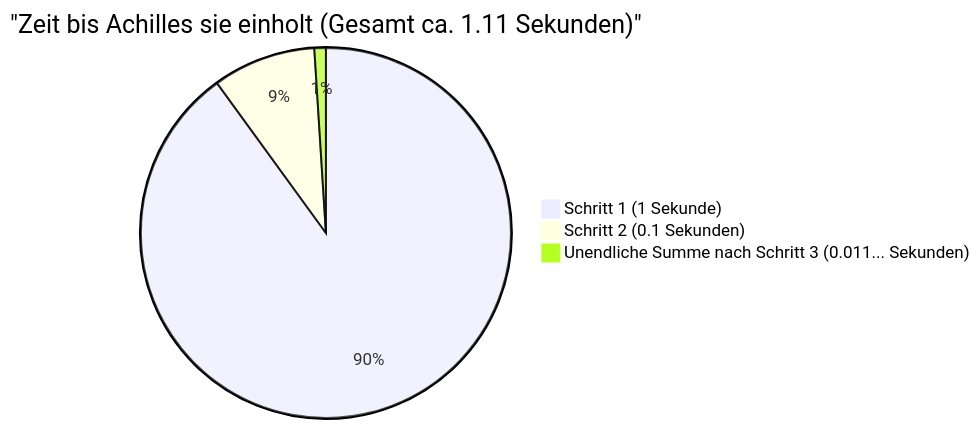
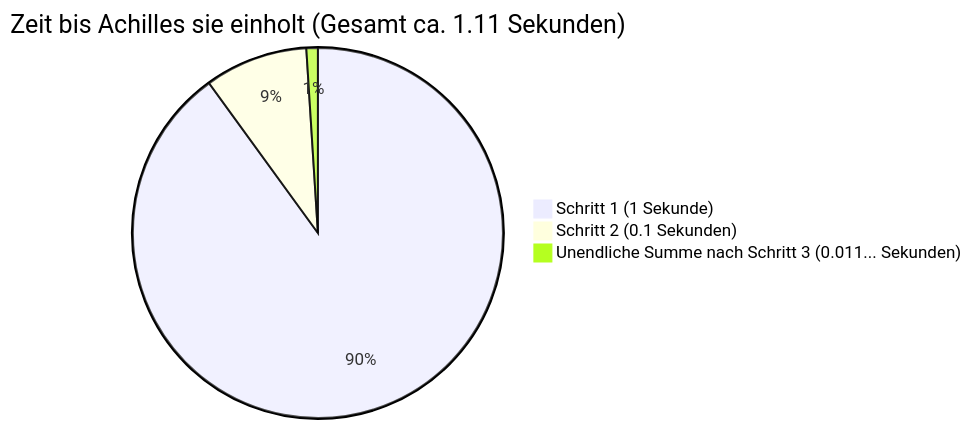
One commit to kenjinote/blog changed the second of 2 diagrams in content/post/アキレスと亀/index.de.md. Above: the diagram before and after it, drawn with Mermaid. The commit also changed other lines of this file and 703 other files, not shown here.

Commit message:
Fix: Remove quotes from Mermaid link texts and timeline definitions to support Mermaid 11.4.1

````diff
--- a/content/post/アキレスと亀/index.de.md
+++ b/content/post/アキレスと亀/index.de.md
@@ -116,6 +116,6 @@
 ```mermaid
-pie title "Zeit bis Achilles sie einholt (Gesamt ca. 1.11 Sekunden)"
+pie title Zeit bis Achilles sie einholt (Gesamt ca. 1.11 Sekunden)
     "Schritt 1 (1 Sekunde)" : 90
     "Schritt 2 (0.1 Sekunden)" : 9
     "Unendliche Summe nach Schritt 3 (0.011... Sekunden)" : 1
 ```
````
